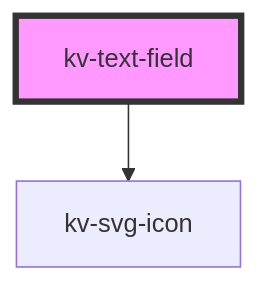
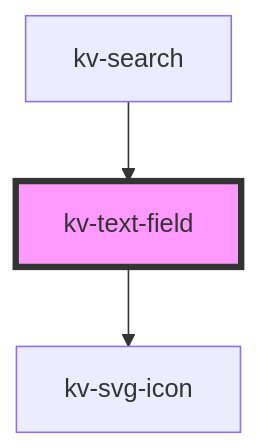
One commit to kelvininc/ui-components changed the diagram in packages/ui-components/src/components/text-field/readme.md. Above: the diagram before and after it, drawn with Mermaid. The commit also changed other lines of this file and 18 other files, not shown here.

````diff
--- a/packages/ui-components/src/components/text-field/readme.md
+++ b/packages/ui-components/src/components/text-field/readme.md
@@ -130,5 +135,6 @@
 ```mermaid
 graph TD;
   kv-text-field --> kv-svg-icon
+  kv-search --> kv-text-field
   style kv-text-field fill:#f9f,stroke:#333,stroke-width:4px
 ```
````
